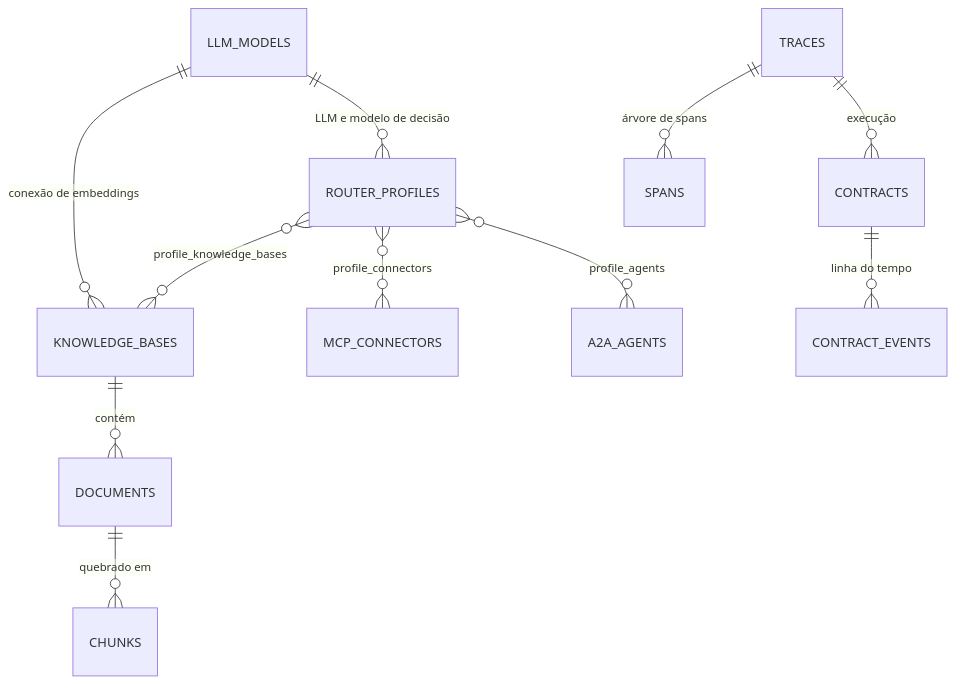
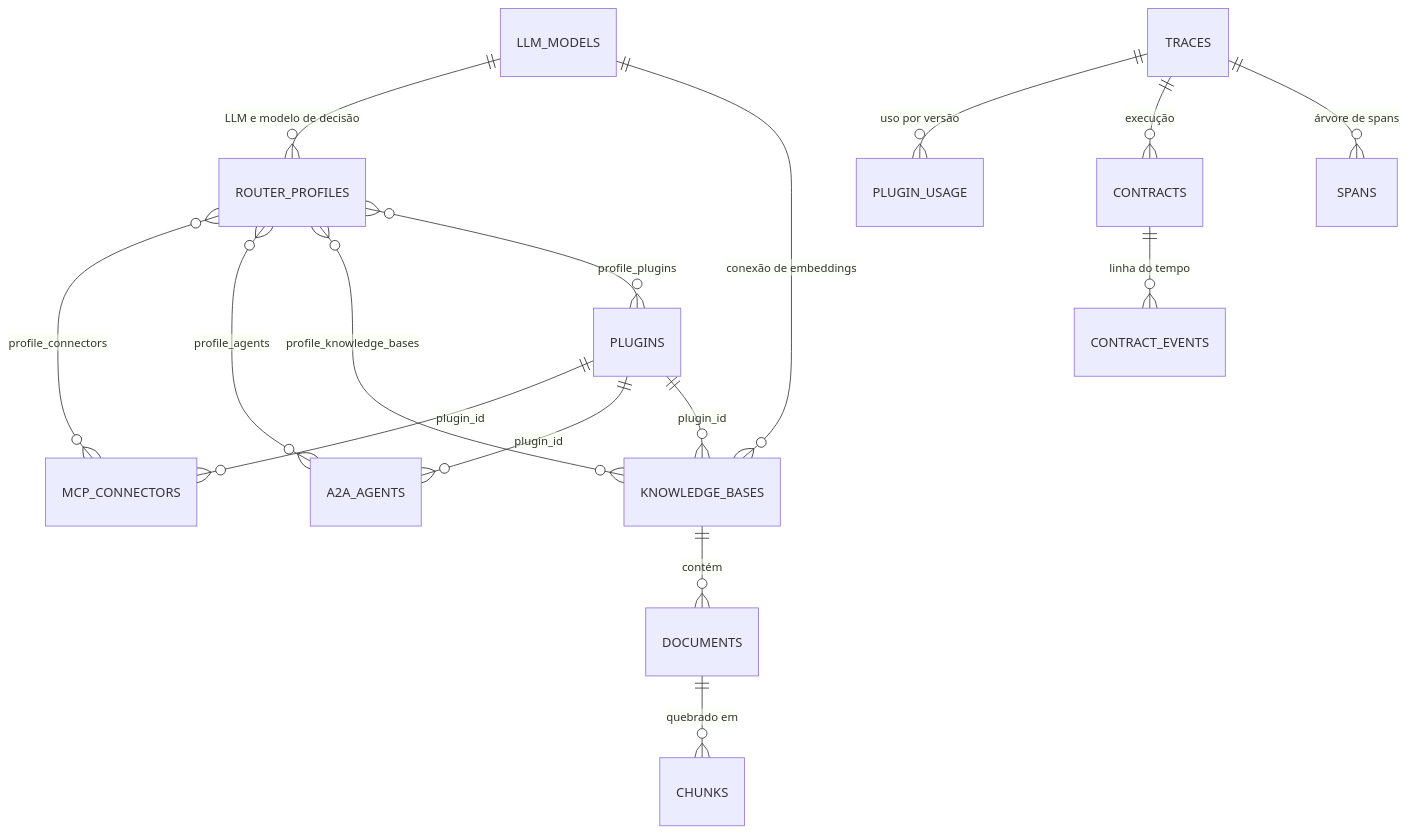
One commit to mavboas/switchboard changed the second of 2 diagrams in docs/arquitetura.md. Above: the diagram before and after it, drawn with Mermaid. The commit also changed other lines of this file and 6 other files, not shown here.

````diff
--- a/docs/arquitetura.md
+++ b/docs/arquitetura.md
@@ -139,13 +152,18 @@
 ```mermaid
 erDiagram
     LLM_MODELS ||--o{ ROUTER_PROFILES : "LLM e modelo de decisão"
     LLM_MODELS ||--o{ KNOWLEDGE_BASES : "conexão de embeddings"
     ROUTER_PROFILES }o--o{ MCP_CONNECTORS : profile_connectors
     ROUTER_PROFILES }o--o{ A2A_AGENTS : profile_agents
     ROUTER_PROFILES }o--o{ KNOWLEDGE_BASES : profile_knowledge_bases
+    ROUTER_PROFILES }o--o{ PLUGINS : profile_plugins
+    PLUGINS ||--o{ MCP_CONNECTORS : "plugin_id"
+    PLUGINS ||--o{ A2A_AGENTS : "plugin_id"
+    PLUGINS ||--o{ KNOWLEDGE_BASES : "plugin_id"
+    TRACES ||--o{ PLUGIN_USAGE : "uso por versão"
     KNOWLEDGE_BASES ||--o{ DOCUMENTS : contém
     DOCUMENTS ||--o{ CHUNKS : "quebrado em"
     TRACES ||--o{ CONTRACTS : "execução"
     CONTRACTS ||--o{ CONTRACT_EVENTS : "linha do tempo"
     TRACES ||--o{ SPANS : "árvore de spans"
 ```
````
